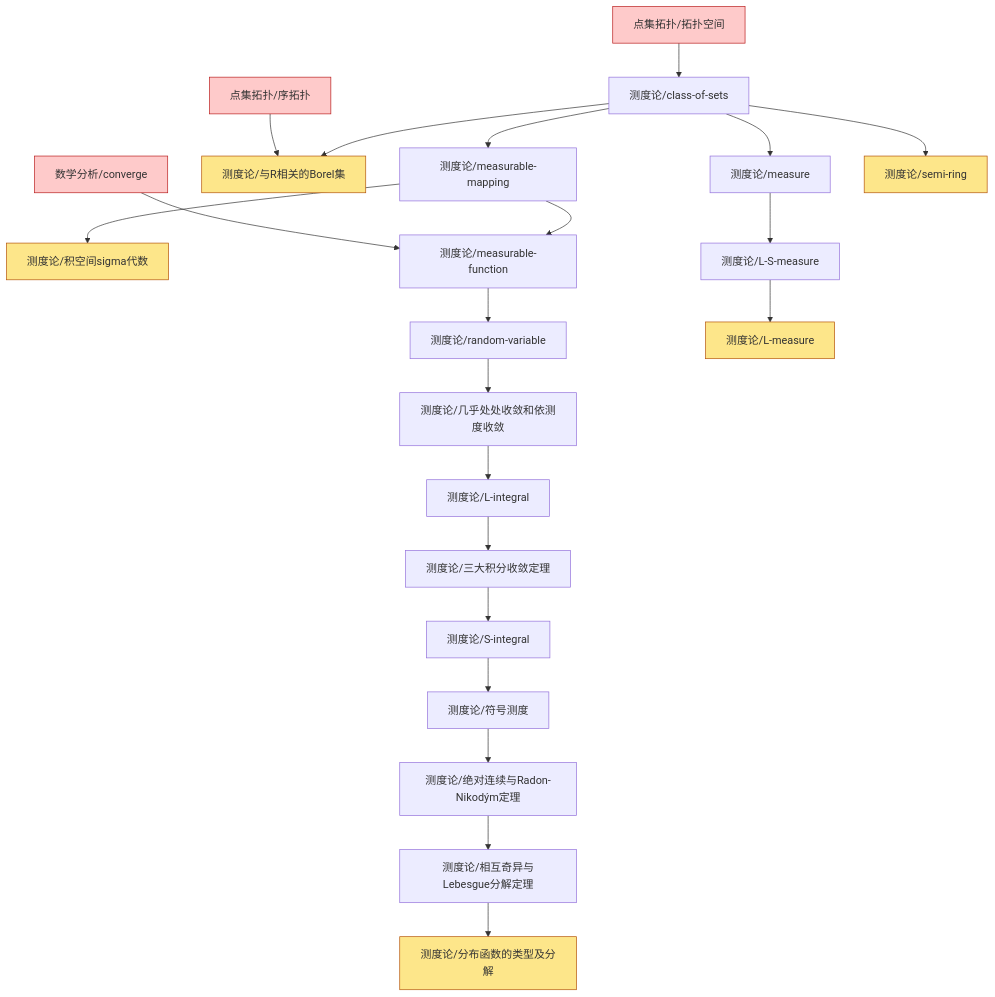
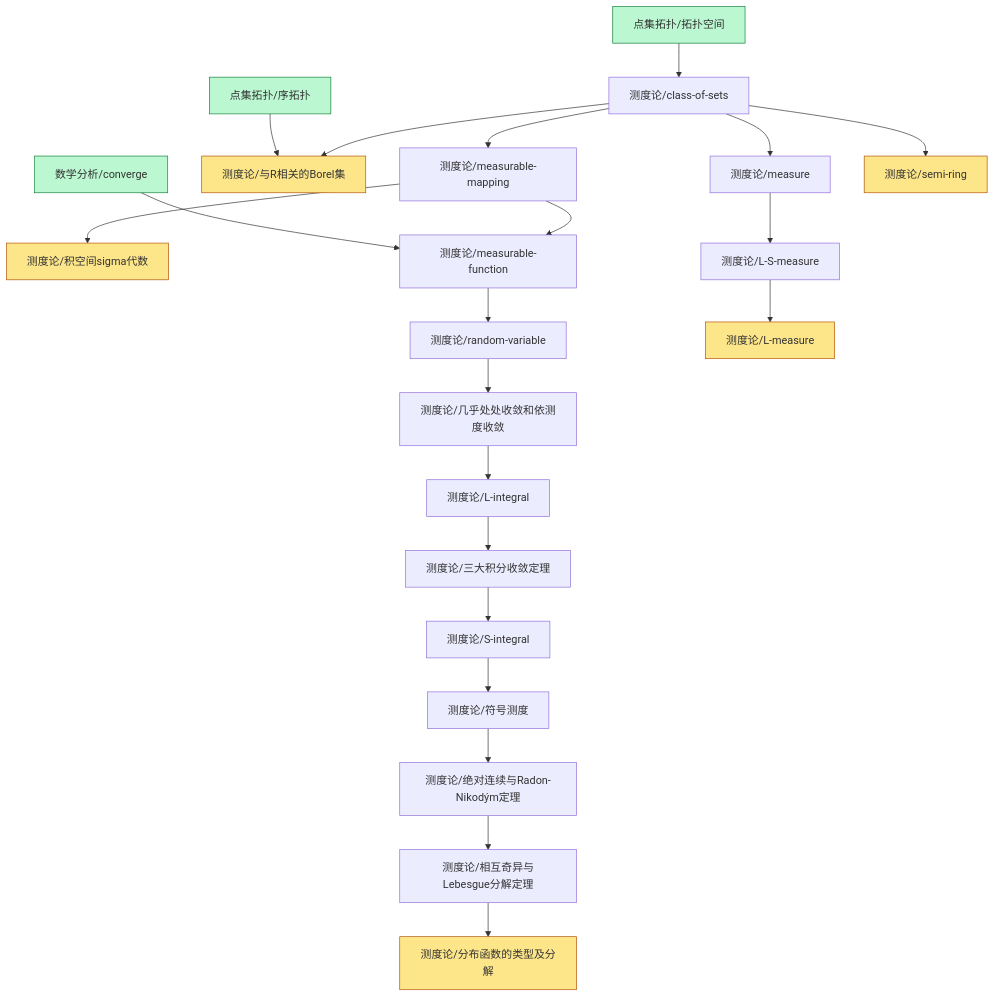
The diagram in content/测度论/dependency_graph.md (zeroDtree/zeroDtree.github.io), drawn with Mermaid before and after one commit. The commit also changed 22 other files, not shown here.

````diff
--- a/content/测度论/dependency_graph.md
+++ b/content/测度论/dependency_graph.md
@@ -1,29 +1,27 @@
 ```mermaid
 graph TD
 1["点集拓扑/拓扑空间"] --> 0["测度论/class-of-sets"]
 3["测度论/S-integral"] --> 2["测度论/符号测度"]
 5["测度论/measurable-mapping"] --> 4["测度论/积空间sigma代数"]
 0["测度论/class-of-sets"] --> 5["测度论/measurable-mapping"]
 0["测度论/class-of-sets"] --> 6["测度论/与R相关的Borel集"]
 7["点集拓扑/序拓扑"] --> 6["测度论/与R相关的Borel集"]
 5["测度论/measurable-mapping"] --> 8["测度论/measurable-function"]
 9["数学分析/converge"] --> 8["测度论/measurable-function"]
 8["测度论/measurable-function"] --> 10["测度论/random-variable"]
 12["测度论/measure"] --> 11["测度论/L-S-measure"]
 0["测度论/class-of-sets"] --> 13["测度论/semi-ring"]
 15["测度论/L-integral"] --> 14["测度论/三大积分收敛定理"]
-2["测度论/符号测度"] --> 17["测度论/绝对连续与Radon-Nikodým定理"]
+2["测度论/符号测度"] --> 16["测度论/绝对连续与Radon-Nikodým定理"]
 0["测度论/class-of-sets"] --> 12["测度论/measure"]
-10["测度论/random-variable"] --> 18["测度论/几乎处处收敛和依测度收敛"]
-11["测度论/L-S-measure"] --> 19["测度论/L-measure"]
+10["测度论/random-variable"] --> 17["测度论/几乎处处收敛和依测度收敛"]
+11["测度论/L-S-measure"] --> 18["测度论/L-measure"]
 14["测度论/三大积分收敛定理"] --> 3["测度论/S-integral"]
-17["测度论/绝对连续与Radon-Nikodým定理"] --> 20["测度论/相互奇异与Lebesgue分解定理"]
-18["测度论/几乎处处收敛和依测度收敛"] --> 15["测度论/L-integral"]
-20["测度论/相互奇异与Lebesgue分解定理"] --> 21["测度论/分布函数的类型及分解"]
+16["测度论/绝对连续与Radon-Nikodým定理"] --> 19["测度论/相互奇异与Lebesgue分解定理"]
+17["测度论/几乎处处收敛和依测度收敛"] --> 15["测度论/L-integral"]
+19["测度论/相互奇异与Lebesgue分解定理"] --> 20["测度论/分布函数的类型及分解"]
 classDef leaf fill:#fde68a,stroke:#b45309
-class 4,6,13,19,21 leaf
-classDef root fill:#bfdbfe,stroke:#1d4ed8
-class 16 root
-classDef externalRoot fill:#fecaca,stroke:#b91c1c
-class 1,7,9 externalRoot
+class 4,6,13,18,20 leaf
+classDef foundationRoot fill:#bbf7d0,stroke:#15803d
+class 1,7,9 foundationRoot
 ```
````
